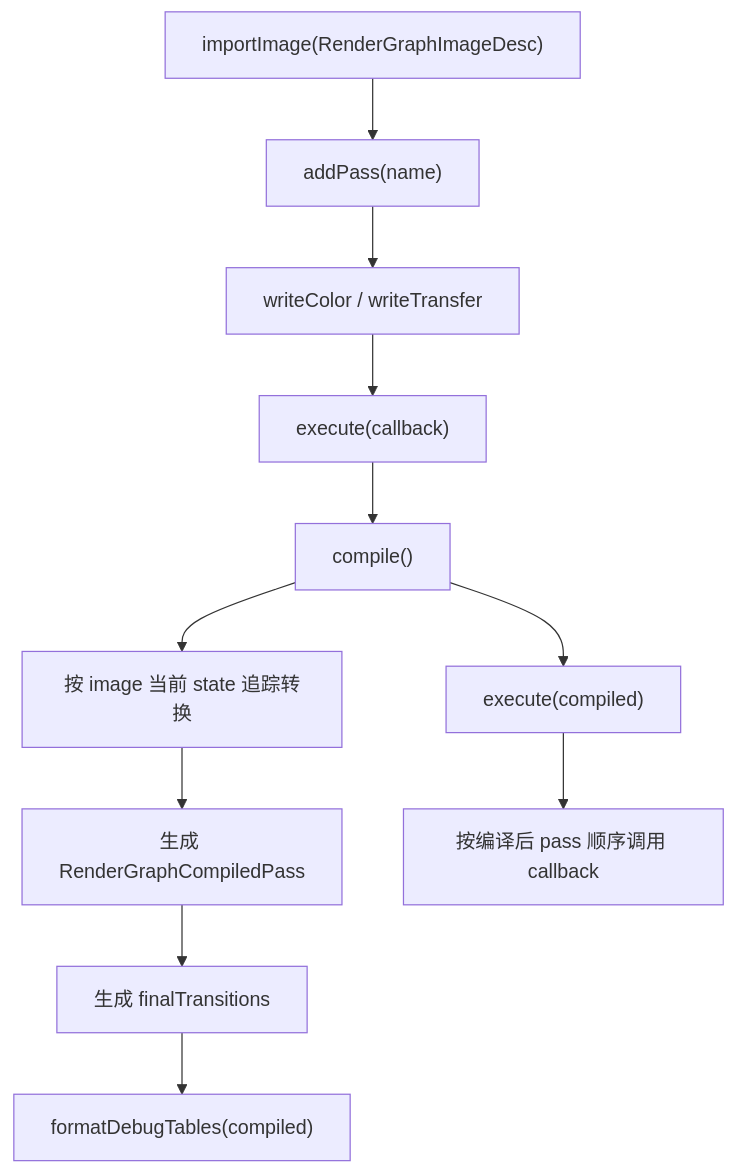
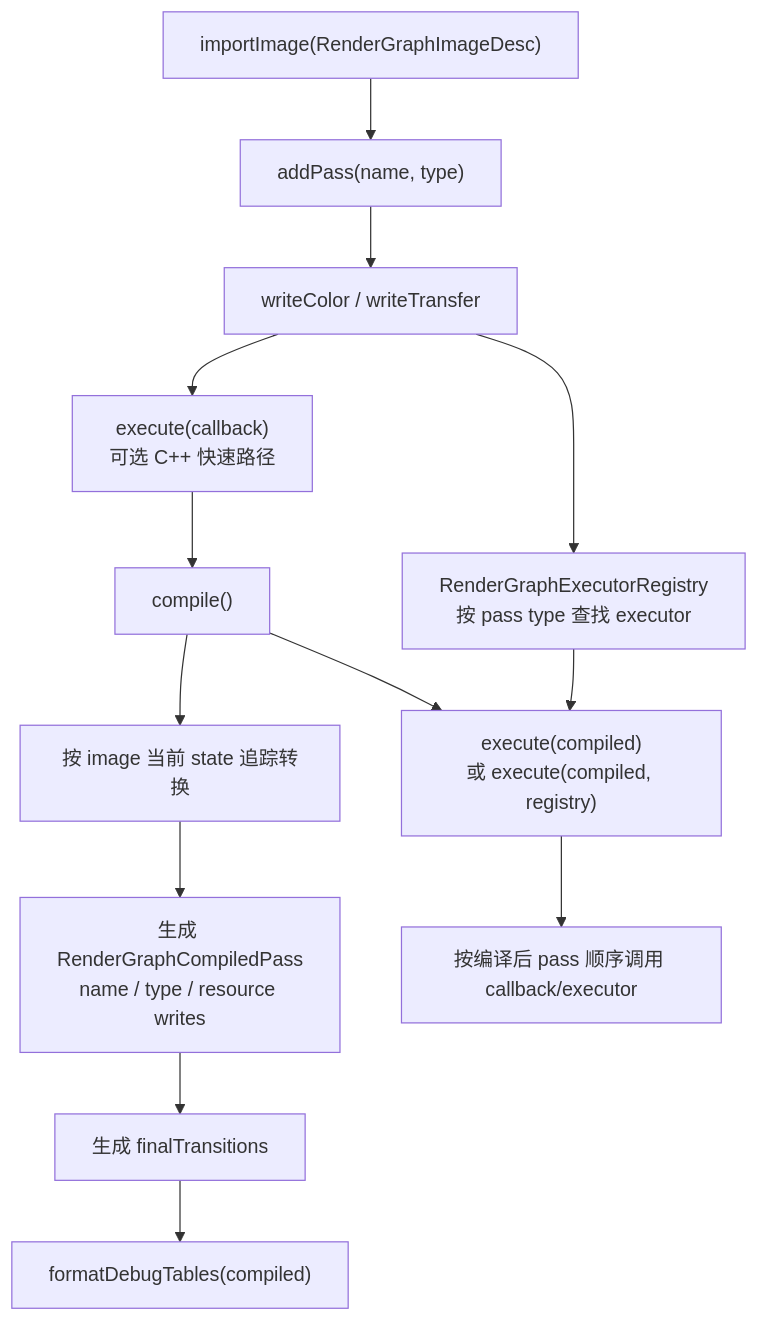
One commit to 66six11/Engine changed the seventh of 9 diagrams in docs/flow-architecture.md. Above: the diagram before and after it, drawn with Mermaid. The commit also changed other lines of this file and 3 other files, not shown here.

Commit message:
feat: add render graph executor registry

````diff
--- a/docs/flow-architecture.md
+++ b/docs/flow-architecture.md
@@ -216,19 +216,22 @@
 ```mermaid
 flowchart TD
     Import["importImage(RenderGraphImageDesc)"]
-    AddPass["addPass(name)"]
+    AddPass["addPass(name, type)"]
     Writes["writeColor / writeTransfer"]
-    Callback["execute(callback)"]
+    Callback["execute(callback)<br/>可选 C++ 快速路径"]
+    Registry["RenderGraphExecutorRegistry<br/>按 pass type 查找 executor"]
     Compile["compile()"]
     Track["按 image 当前 state 追踪转换"]
-    PassPlan["生成 RenderGraphCompiledPass"]
+    PassPlan["生成 RenderGraphCompiledPass<br/>name / type / resource writes"]
     Final["生成 finalTransitions"]
     DebugTables["formatDebugTables(compiled)"]
-    Execute["execute(compiled)"]
-    Callbacks["按编译后 pass 顺序调用 callback"]
+    Execute["execute(compiled)<br/>或 execute(compiled, registry)"]
+    Callbacks["按编译后 pass 顺序调用 callback/executor"]
 
     Import --> AddPass --> Writes --> Callback
+    Writes --> Registry
     Callback --> Compile --> Track --> PassPlan --> Final
     Final --> DebugTables
-    Compile --> Execute --> Callbacks
+    Compile --> Execute
+    Registry --> Execute --> Callbacks
 ```
````
